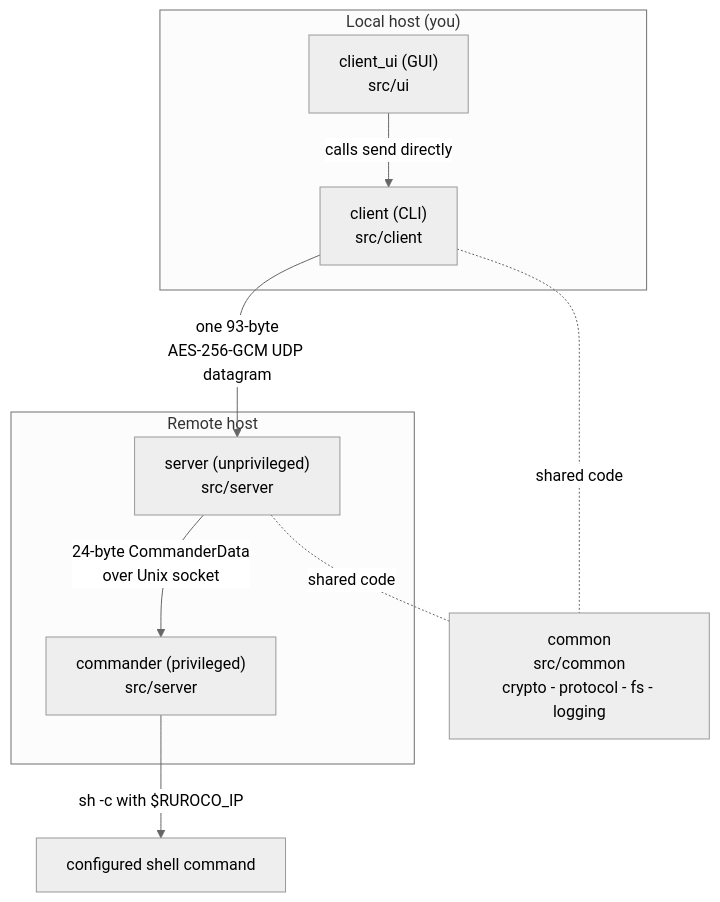
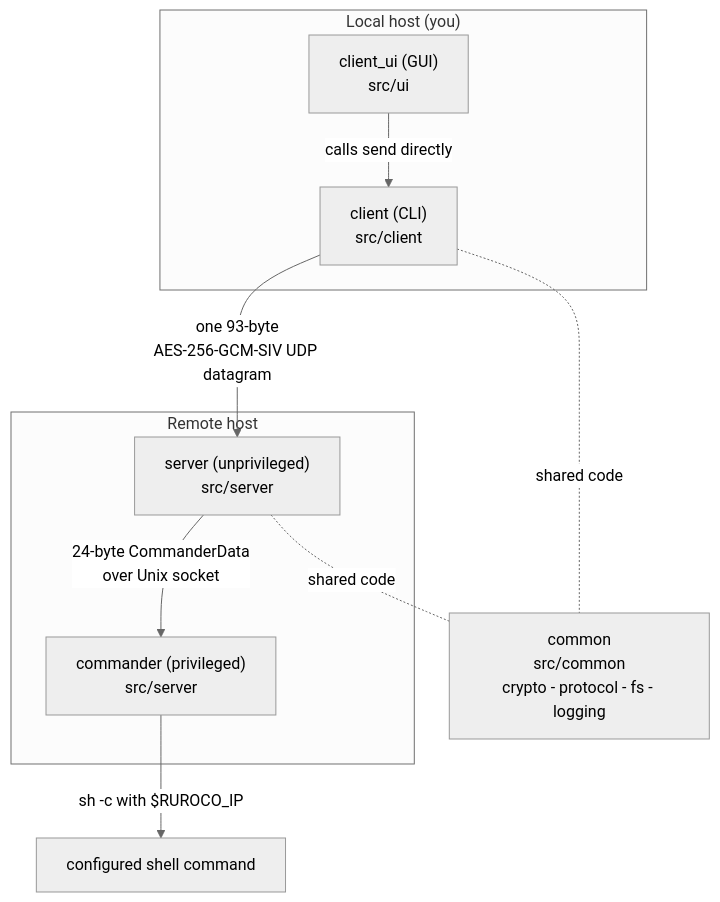
One commit to yonasBSD/ruroco changed the second of 2 diagrams in docs/src/architecture/overview.md. Above: the diagram before and after it, drawn with Mermaid (neutral theme). The commit also changed other lines of this file and 17 other files, not shown here.

Commit message:
switch to AES-256-GCM-SIV - see comments I you want to know why

````diff
--- a/docs/src/architecture/overview.md
+++ b/docs/src/architecture/overview.md
@@ -53,19 +53,19 @@
 ```mermaid
 flowchart TB
     subgraph local["Local host (you)"]
         UI["client_ui (GUI)<br/>src/ui"]
         CLI["client (CLI)<br/>src/client"]
         UI -->|calls send directly| CLI
     end
     subgraph remote["Remote host"]
         SRV["server (unprivileged)<br/>src/server"]
         CMD["commander (privileged)<br/>src/server"]
         SRV -->|24-byte CommanderData<br/>over Unix socket| CMD
     end
-    CLI -->|"one 93-byte<br/>AES-256-GCM UDP datagram"| SRV
+    CLI -->|"one 93-byte<br/>AES-256-GCM-SIV UDP datagram"| SRV
     CMD -->|"sh -c with $RUROCO_IP"| OS["configured shell command"]
 
     COM["common<br/>src/common<br/>crypto - protocol - fs - logging"]
     CLI -.shared code.- COM
     SRV -.shared code.- COM
 ```
````
